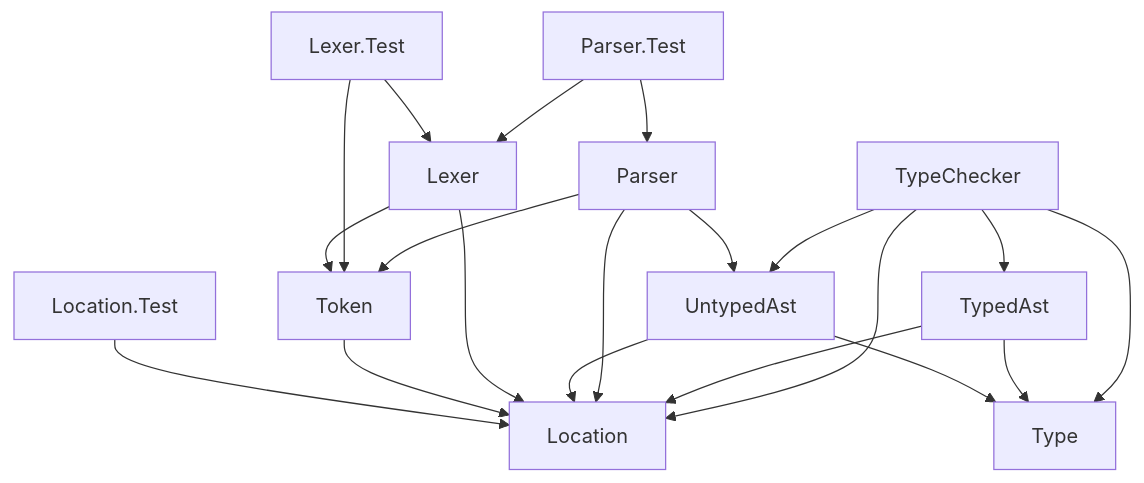
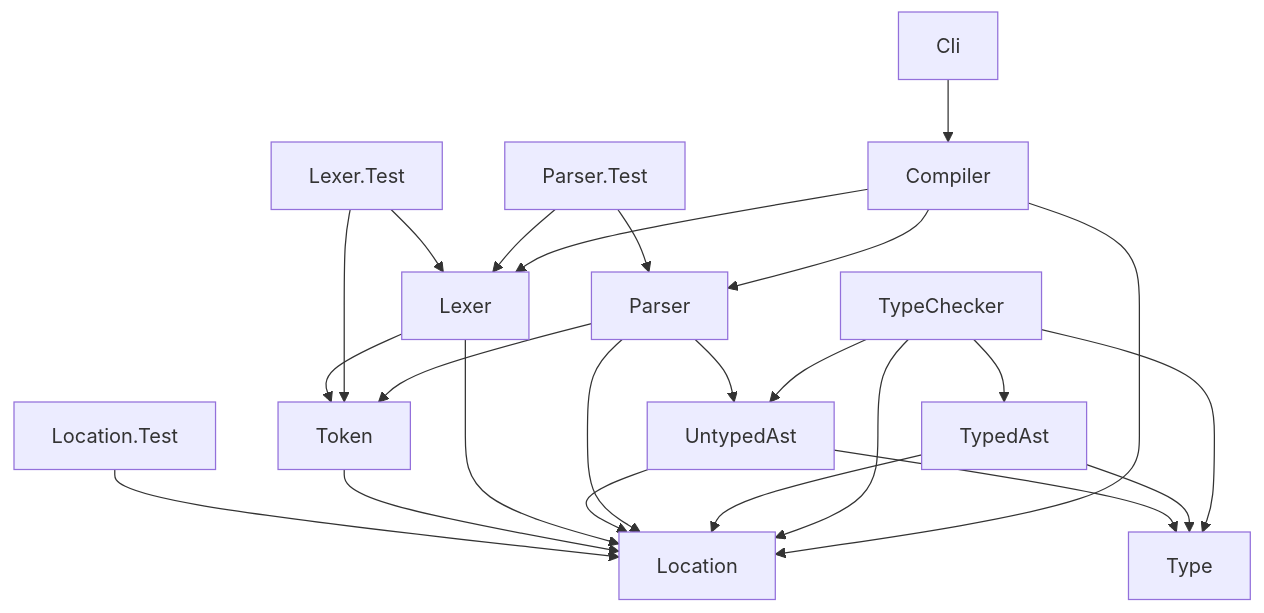
One commit to 0918nobita/waxt changed the diagram in README.md. Above: the diagram before and after it, drawn with Mermaid. The commit also changed 34 other files, not shown here.

Commit message:
:sparkles: Waxt.Cli/Compiler プロジェクトを追加し、テストが通るように修正した

````diff
--- a/README.md
+++ b/README.md
@@ -86,22 +86,26 @@
 ```mermaid
 graph TB
   Location.Test-->Location
   Token-->Location
   Lexer-->Location
   Lexer-->Token
   Lexer.Test-->Lexer
   Lexer.Test-->Token
   UntypedAst-->Location
   UntypedAst-->Type
   Parser-->Location
   Parser-->Token
   Parser-->UntypedAst
   Parser.Test-->Lexer
   Parser.Test-->Parser
   TypedAst-->Location
   TypedAst-->Type
   TypeChecker-->Location
   TypeChecker-->Type
   TypeChecker-->TypedAst
   TypeChecker-->UntypedAst
+  Compiler-->Lexer
+  Compiler-->Location
+  Compiler-->Parser
+  Cli-->Compiler
 ```
````
